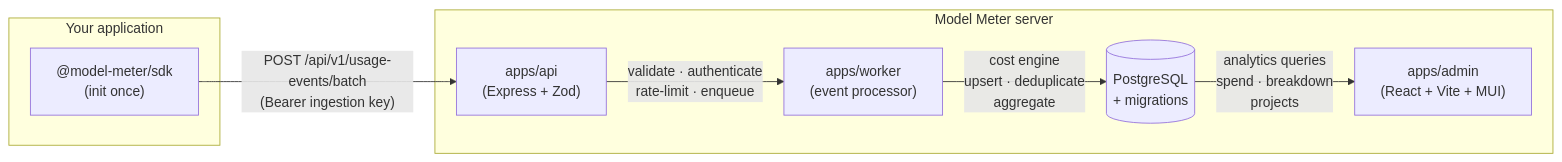
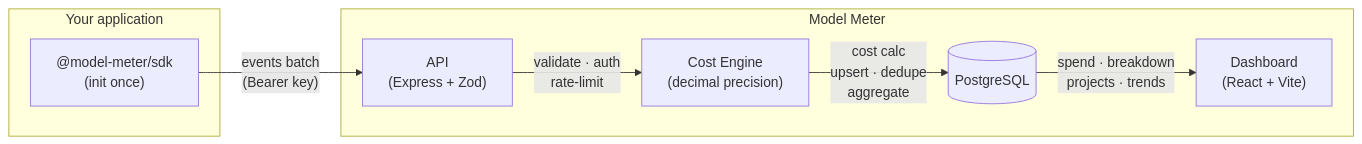
The diagram in README.md (jayanti-prajapati/model-meter), drawn with Mermaid before and after one commit. The commit also changed other lines of this file, not shown here.

````diff
--- a/README.md
+++ b/README.md
@@ -158,18 +122,18 @@
 ```mermaid
 flowchart LR
     subgraph "Your application"
         A["@model-meter/sdk\n(init once)"]
     end
 
-    subgraph "Model Meter server"
-        B["apps/api\n(Express + Zod)"]
-        C["apps/worker\n(event processor)"]
-        D[("PostgreSQL\n+ migrations")]
-        E["apps/admin\n(React + Vite + MUI)"]
+    subgraph "Model Meter"
+        B["API\n(Express + Zod)"]
+        C["Cost Engine\n(decimal precision)"]
+        D[("PostgreSQL")]
+        E["Dashboard\n(React + Vite)"]
     end
 
-    A -- "POST /api/v1/usage-events/batch\n(Bearer ingestion key)" --> B
-    B -- "validate · authenticate\nrate-limit · enqueue" --> C
-    C -- "cost engine\nupsert · deduplicate\naggregate" --> D
-    D -- "analytics queries\nspend · breakdown\nprojects" --> E
+    A -- "events batch\n(Bearer key)" --> B
+    B -- "validate · auth\nrate-limit" --> C
+    C -- "cost calc\nupsert · dedupe\naggregate" --> D
+    D -- "spend · breakdown\nprojects · trends" --> E
 ```
````
